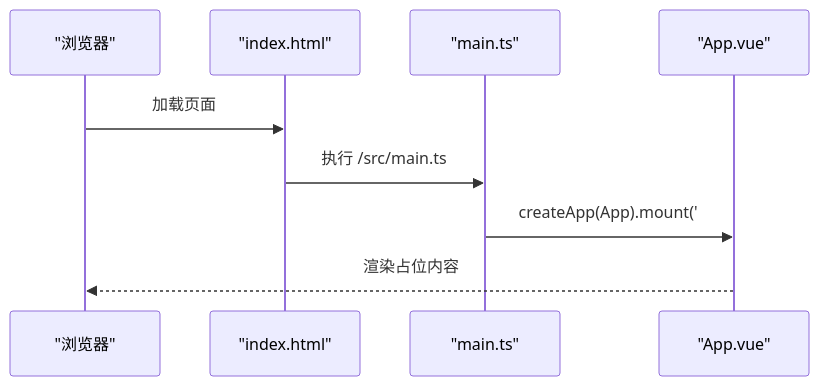
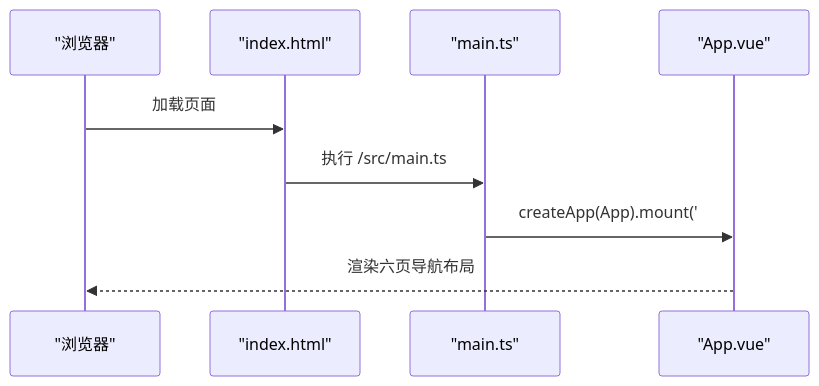
Before and after one commit to Joeyzheng001/LLM-AutoTest: the third of 8 diagrams in .qoder/repowiki/zh/content/系统架构/微服务设计/前端应用.md, drawn with Mermaid. The commit also changed other lines of this file and 41 other files, not shown here.

````diff
--- a/.qoder/repowiki/zh/content/系统架构/微服务设计/前端应用.md
+++ b/.qoder/repowiki/zh/content/系统架构/微服务设计/前端应用.md
@@ -120,11 +155,11 @@
 ```mermaid
 sequenceDiagram
 participant Browser as "浏览器"
 participant HTML as "index.html"
 participant Main as "main.ts"
 participant App as "App.vue"
 Browser->>HTML : 加载页面
 HTML->>Main : 执行 /src/main.ts
 Main->>App : createApp(App).mount('#app')
-App-->>Browser : 渲染占位内容
+App-->>Browser : 渲染六页导航布局
 ```
````
